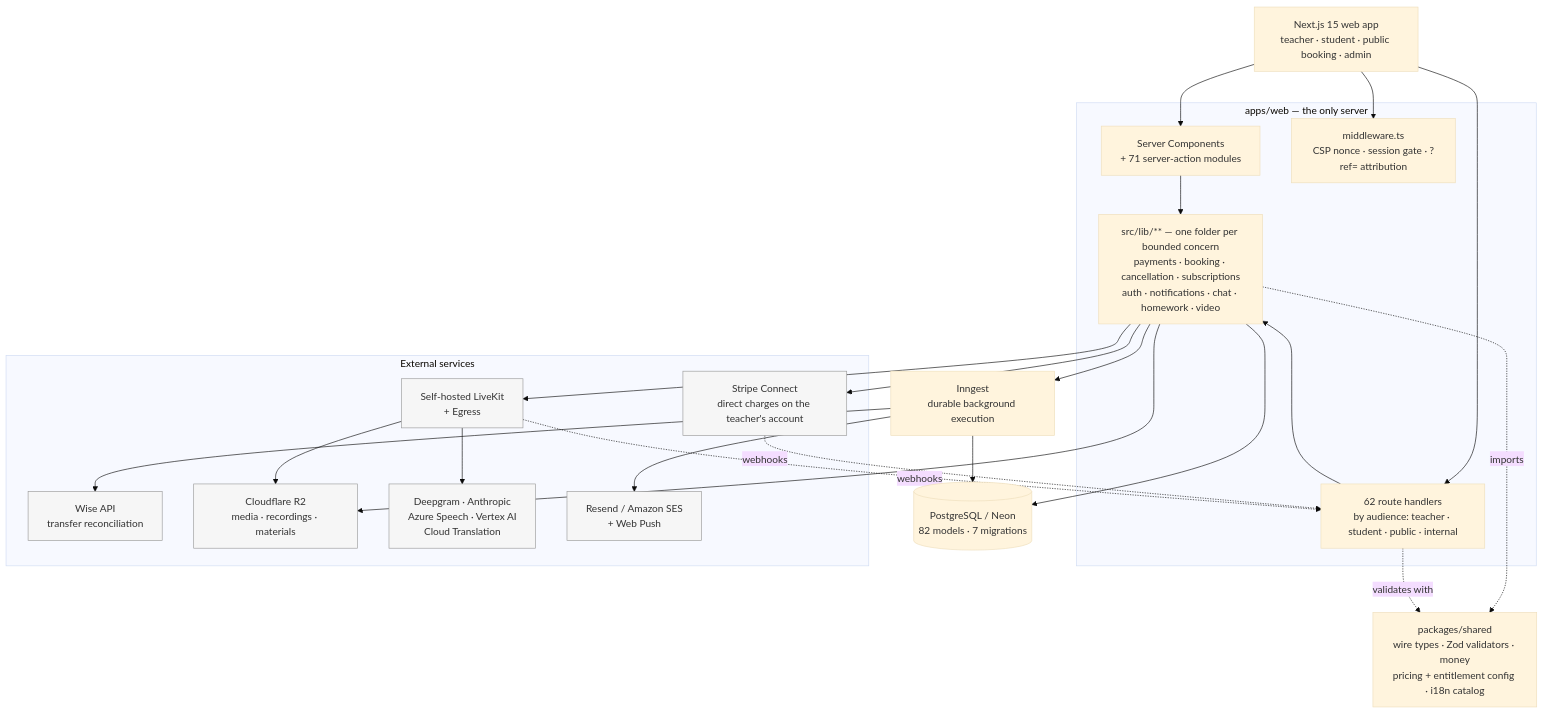
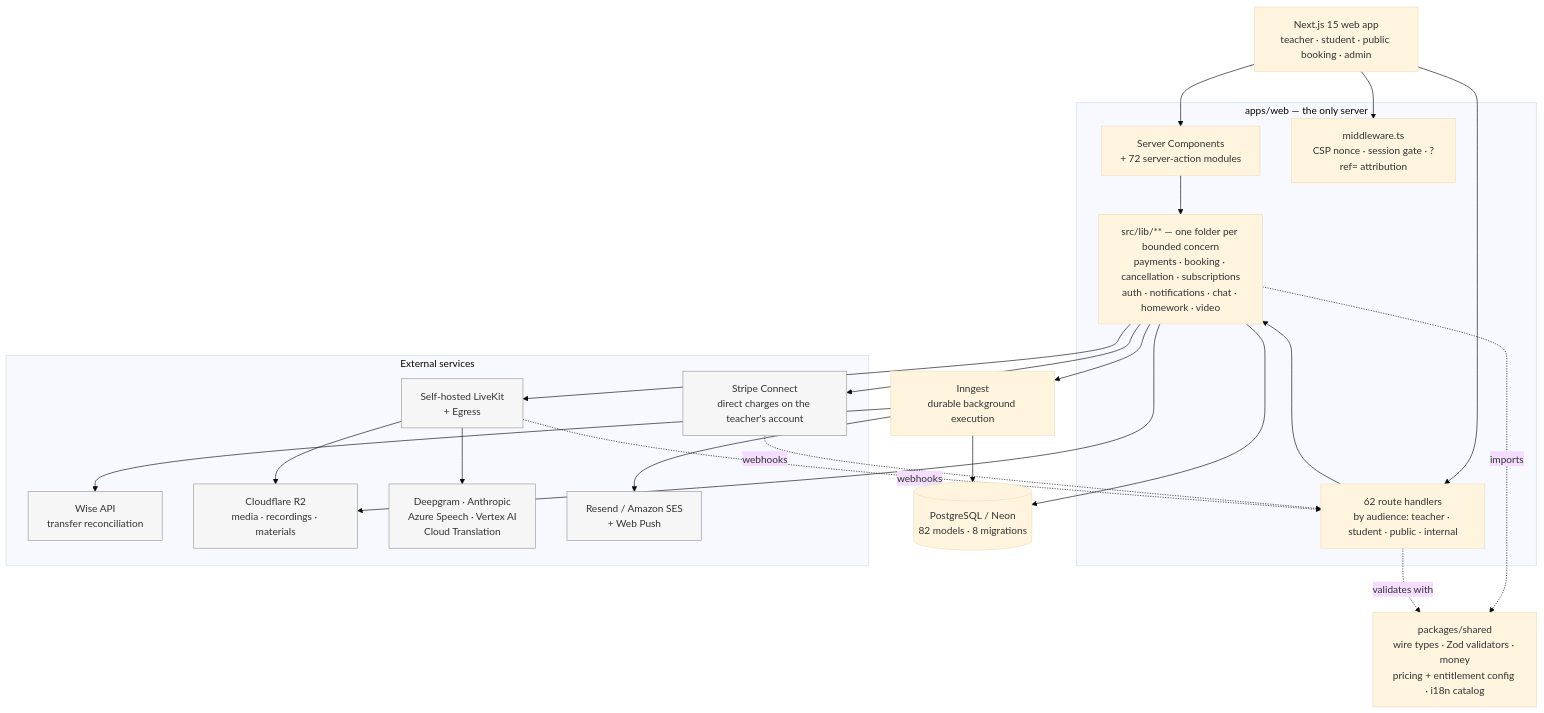
One commit to jaystewartuk/spiralclass changed the first of 2 diagrams in README.md. Above: the diagram before and after it, drawn with Mermaid (base theme). The commit also changed other lines of this file and 31 other files, not shown here.

````diff
--- a/README.md
+++ b/README.md
@@ -131,48 +131,48 @@
 ```mermaid
 graph TB
     WEB["Next.js 15 web app<br/>teacher · student · public booking · admin"]
 
     subgraph app["apps/web — the only server"]
-        RSC["Server Components<br/>+ 71 server-action modules"]
+        RSC["Server Components<br/>+ 72 server-action modules"]
         API["62 route handlers<br/>by audience: teacher · student · public · internal"]
         MW["middleware.ts<br/>CSP nonce · session gate · ?ref= attribution"]
         LIB["src/lib/** — one folder per bounded concern<br/>payments · booking · cancellation · subscriptions<br/>auth · notifications · chat · homework · video"]
     end
 
     SH["packages/shared<br/>wire types · Zod validators · money<br/>pricing + entitlement config · i18n catalog"]
 
-    DB[("PostgreSQL / Neon<br/>82 models · 7 migrations")]
+    DB[("PostgreSQL / Neon<br/>82 models · 8 migrations")]
     JOBS["Inngest<br/>durable background execution"]
 
     subgraph external["External services"]
         STRIPE["Stripe Connect<br/>direct charges on the teacher's account"]
         WISE["Wise API<br/>transfer reconciliation"]
         LK["Self-hosted LiveKit<br/>+ Egress"]
         R2["Cloudflare R2<br/>media · recordings · materials"]
         AI["Deepgram · Anthropic<br/>Azure Speech · Vertex AI<br/>Cloud Translation"]
         MAIL["Resend / Amazon SES<br/>+ Web Push"]
     end
 
     WEB --> MW
     WEB --> RSC
     WEB --> API
     RSC --> LIB
     API --> LIB
     LIB --> DB
     LIB --> JOBS
     JOBS --> DB
     JOBS --> MAIL
     LIB --> STRIPE
     JOBS --> WISE
     LIB --> LK
     LK --> R2
     LK --> AI
     LIB --> R2
     LIB -.imports.-> SH
     API -.validates with.-> SH
     STRIPE -.webhooks.-> API
     LK -.webhooks.-> API
 
     classDef ext fill:#f6f6f6,stroke:#999,color:#333
     class STRIPE,WISE,LK,R2,AI,MAIL ext
 ```
````
